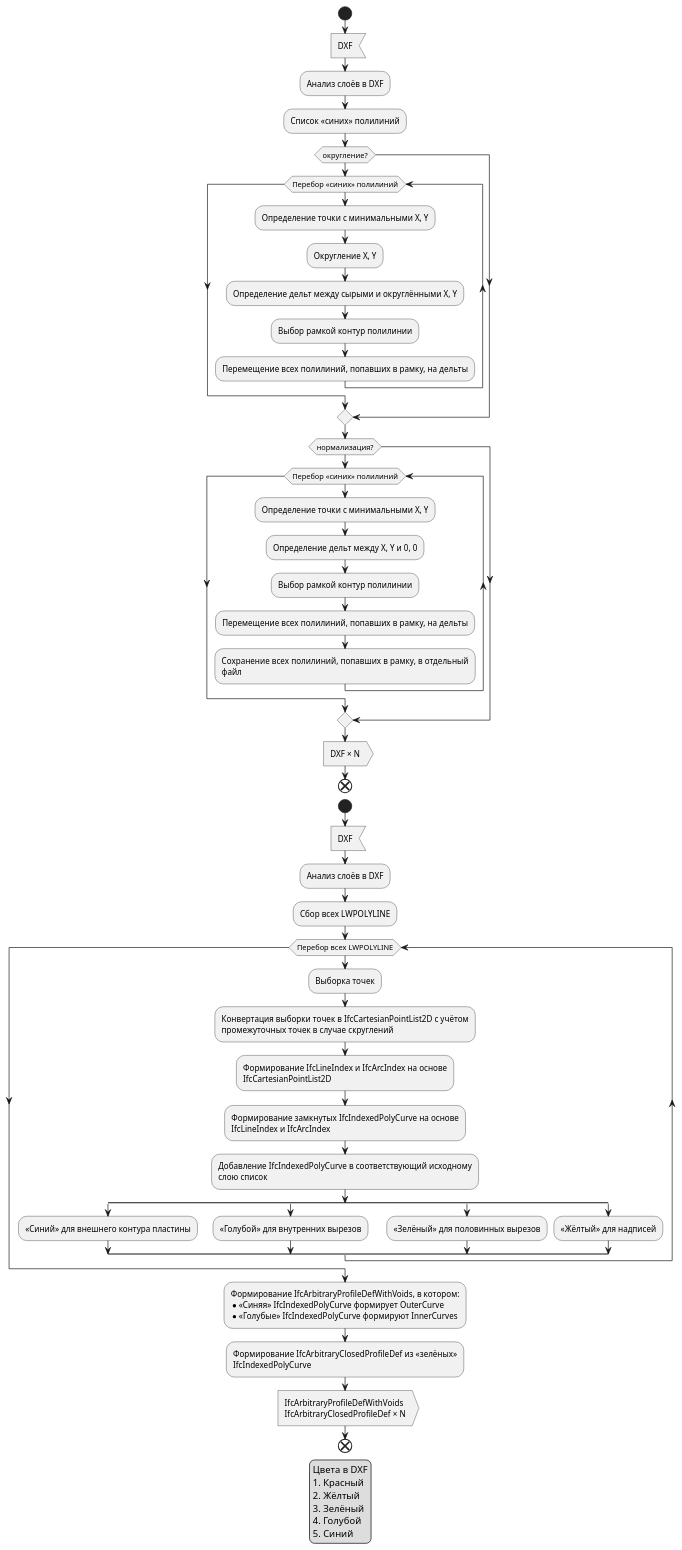
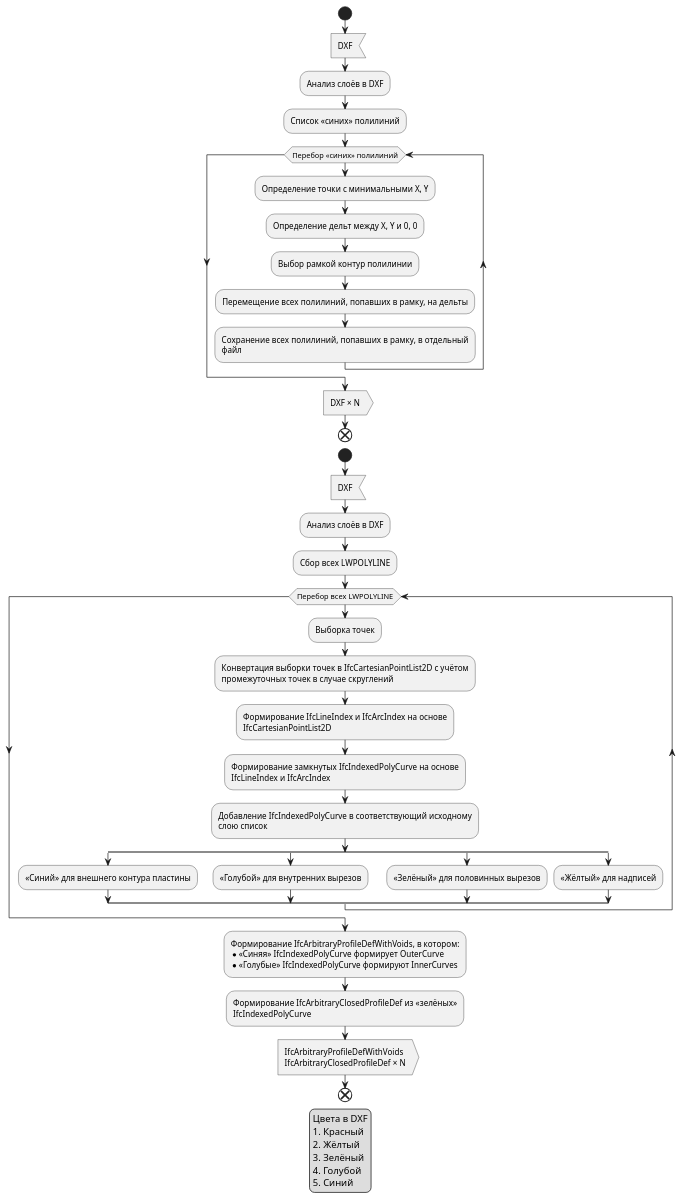
One commit to VDobranov/DXF2IFC2D changed the diagram in schemes/General.wsd. Above: the diagram before and after it, drawn with PlantUML. The commit also changed 8 other files, not shown here.

Commit message:
Корректировка определения центра дуги. Генерация всех профилей из всех полилиний в DXF-файле

```diff
--- a/schemes/General.wsd
+++ b/schemes/General.wsd
@@ -1,75 +1,75 @@
 @startuml General
 
 <style>
 activityDiagram {
   FontName Iosevka
   MaximumWidth 400
 }
 </style>
 
 start
 :DXF<
 :Анализ слоёв в DXF;
 :Список «синих» полилиний;
-if (округление?) then
-	while (Перебор «синих» полилиний)
-		:Определение точки с минимальными X, Y;
-		:Округление X, Y;
-		:Определение дельт между сырыми и округлёнными X, Y;
-		:Выбор рамкой контур полилинии;
-		:Перемещение всех полилиний, попавших в рамку, на дельты;
-	endwhile
-endif
-if (нормализация?) then
+' if (округление?) then
+' 	while (Перебор «синих» полилиний)
+' 		:Определение точки с минимальными X, Y;
+' 		:Округление X, Y;
+' 		:Определение дельт между сырыми и округлёнными X, Y;
+' 		:Выбор рамкой контур полилинии;
+' 		:Перемещение всех полилиний, попавших в рамку, на дельты;
+' 	endwhile
+' endif
+' if (нормализация?) then
 	while (Перебор «синих» полилиний)
 		:Определение точки с минимальными X, Y;
 		:Определение дельт между X, Y и 0, 0;
 		:Выбор рамкой контур полилинии;
 		:Перемещение всех полилиний, попавших в рамку, на дельты;
 		:Сохранение всех полилиний, попавших в рамку, в отдельный файл;
 	endwhile
-endif
+' endif
 :DXF × N>
 end
 
 start
 :DXF<
 :Анализ слоёв в DXF;
 :Сбор всех LWPOLYLINE;
 ' :LWPOLYLINE для формирования тела пластины;
 ' :Список LWPOLYLINE для сквозного вырезания пластины;
 ' :Список LWPOLYLINE для половинного вырезания пластины;
 while (Перебор всех LWPOLYLINE)
 	:Выборка точек;
 	:Конвертация выборки точек в IfcCartesianPointList2D с учётом промежуточных точек в случае скруглений;
 	:Формирование IfcLineIndex и IfcArcIndex на основе IfcCartesianPointList2D;
 	:Формирование замкнутых IfcIndexedPolyCurve на основе IfcLineIndex и IfcArcIndex;
 	:Добавление IfcIndexedPolyCurve в соответствующий исходному слою список;
 	split
 		:«Синий» для внешнего контура пластины;
 	split again
 		:«Голубой» для внутренних вырезов;
 	split again
 		:«Зелёный» для половинных вырезов;
 	split again
 		:«Жёлтый» для надписей;
 	end split
 endwhile
 :Формирование IfcArbitraryProfileDefWithVoids, в котором:
 * «Синяя» IfcIndexedPolyCurve формирует OuterCurve
 * «Голубые» IfcIndexedPolyCurve формируют InnerCurves;
 :Формирование IfcArbitraryClosedProfileDef из «зелёных» IfcIndexedPolyCurve;
 :IfcArbitraryProfileDefWithVoids
 IfcArbitraryClosedProfileDef × N>
 end
 
 legend
 Цвета в DXF
 1. Красный
 2. Жёлтый
 3. Зелёный
 4. Голубой
 5. Синий
 end legend
 
 @enduml
```
